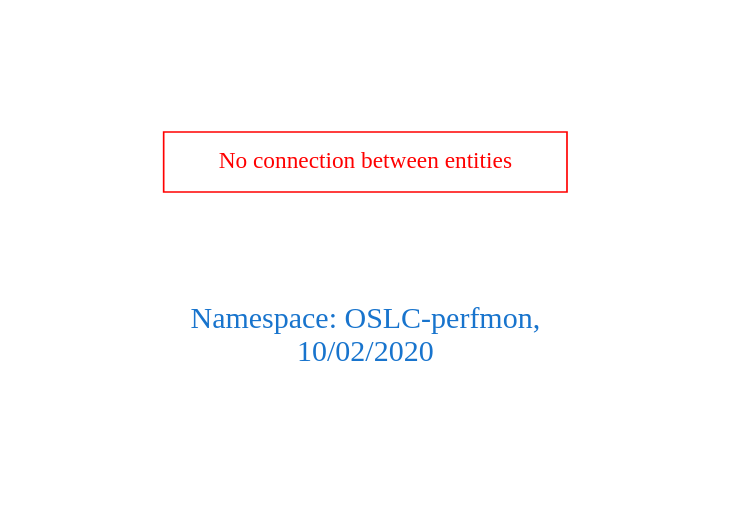
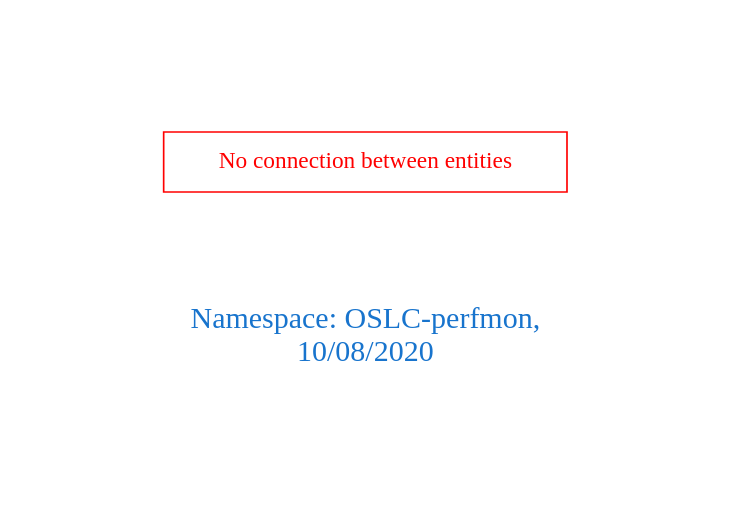
Before and after one commit to arago/OGIT: the diagram in downloads/OSLC-perfmon.dot, drawn with Graphviz. The commit also changed 1818 other files, not shown here.

```diff
--- a/downloads/OSLC-perfmon.dot
+++ b/downloads/OSLC-perfmon.dot
@@ -1,9 +1,9 @@
 digraph OGIT_ontology {
  graph [ rankdir= LR,pad=1 
 fontsize = 18,
-fontcolor= dodgerblue3,label = "\n\n\nNamespace: OSLC-perfmon, \n 10/02/2020"];
+fontcolor= dodgerblue3,label = "\n\n\nNamespace: OSLC-perfmon, \n 10/08/2020"];
 node[shape=polygon];
 edge [  color="gray81"];
 
 "No connection between entities" [fontcolor = "red",color="red", shape="polygon"]
 }
```
